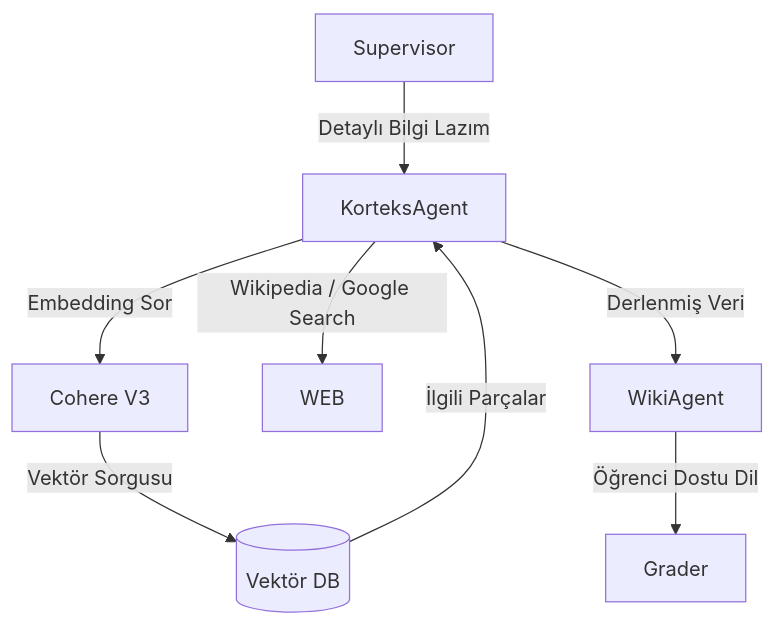
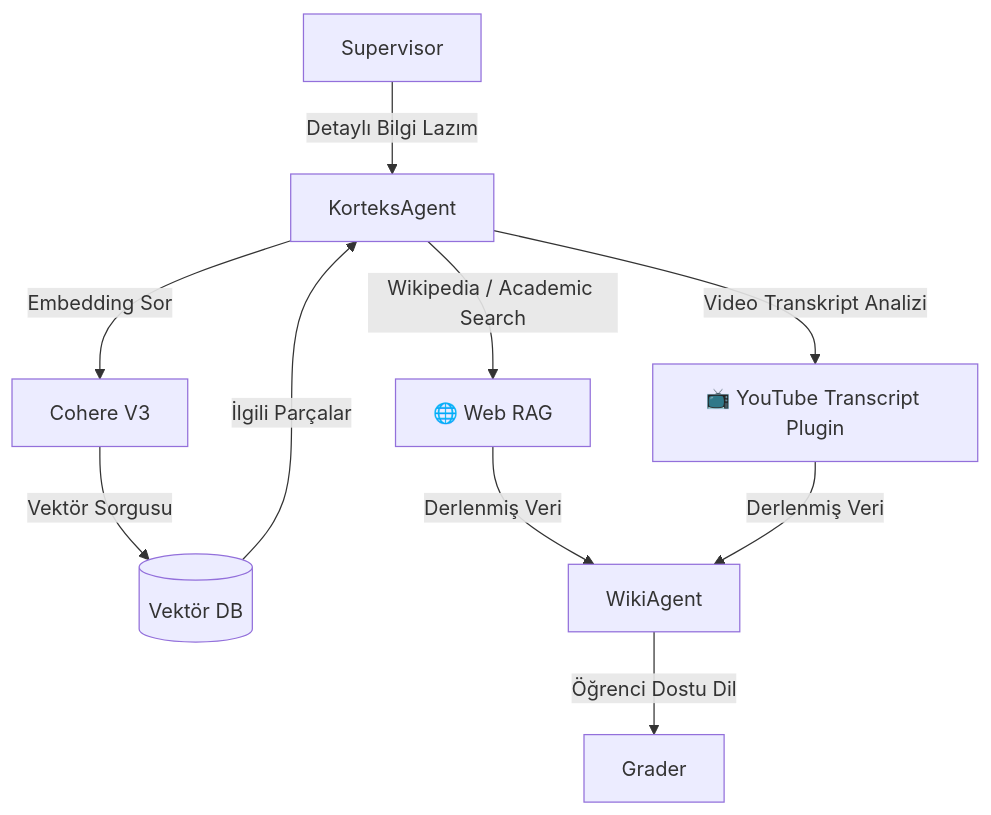
Before and after one commit to ahmetakifsevgili/Orka-AI: the fourth of 6 diagrams in docs/architecture/ORKA_SYSTEM_ARCHITECTURE.md, drawn with Mermaid.

Commit message:
docs: add YouTube Transcript Plugin to architecture UML

````diff
--- a/docs/architecture/ORKA_SYSTEM_ARCHITECTURE.md
+++ b/docs/architecture/ORKA_SYSTEM_ARCHITECTURE.md
@@ -127,10 +127,11 @@
 ```mermaid
 graph TD
     SA["Supervisor"] -->|"Detaylı Bilgi Lazım"| KA["KorteksAgent"]
     KA -->|"Embedding Sor"| C["Cohere V3"]
     C -->|"Vektör Sorgusu"| VDB[("Vektör DB")]
     VDB --"İlgili Parçalar"--> KA
-    KA -->|"Wikipedia / Google Search"| WEB
-    KA --"Derlenmiş Veri"--> WA["WikiAgent"]
+    KA -->|"Wikipedia / Academic Search"| WEB["🌐 Web RAG"]
+    KA -->|"Video Transkript Analizi"| YT["📺 YouTube Transcript Plugin"]
+    WEB & YT --"Derlenmiş Veri"--> WA["WikiAgent"]
     WA -->|"Öğrenci Dostu Dil"| G["Grader"]
 ```
````
